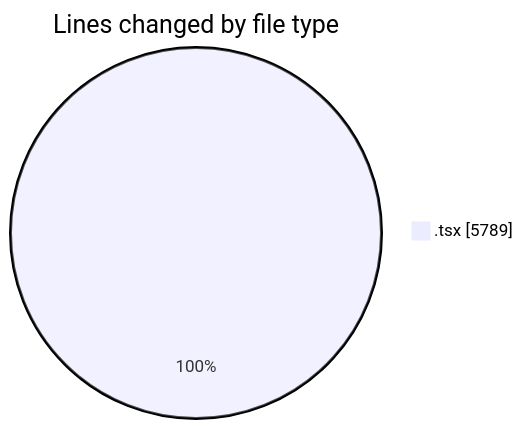
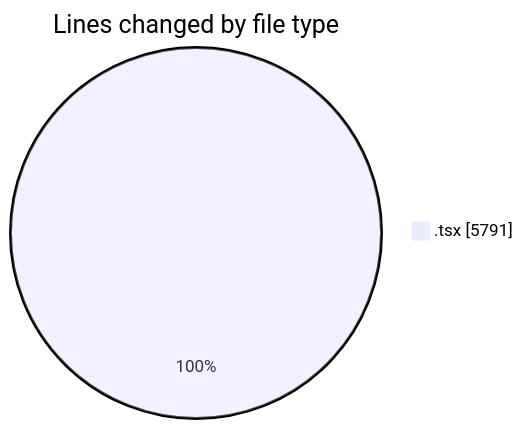
One commit to momahboobian/code-tracking changed the first of 2 diagrams in 2025-12-04/cda/README.md. Above: the diagram before and after it, drawn with Mermaid. The commit also changed other lines of this file and 1 other file, not shown here.

````diff
--- a/2025-12-04/cda/README.md
+++ b/2025-12-04/cda/README.md
@@ -22,5 +22,5 @@
 ```mermaid
 pie showData
 title Lines changed by file type
-".tsx" : 5789
+".tsx" : 5791
 ```
````
